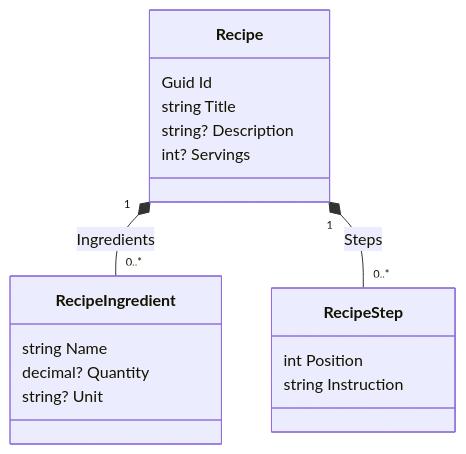
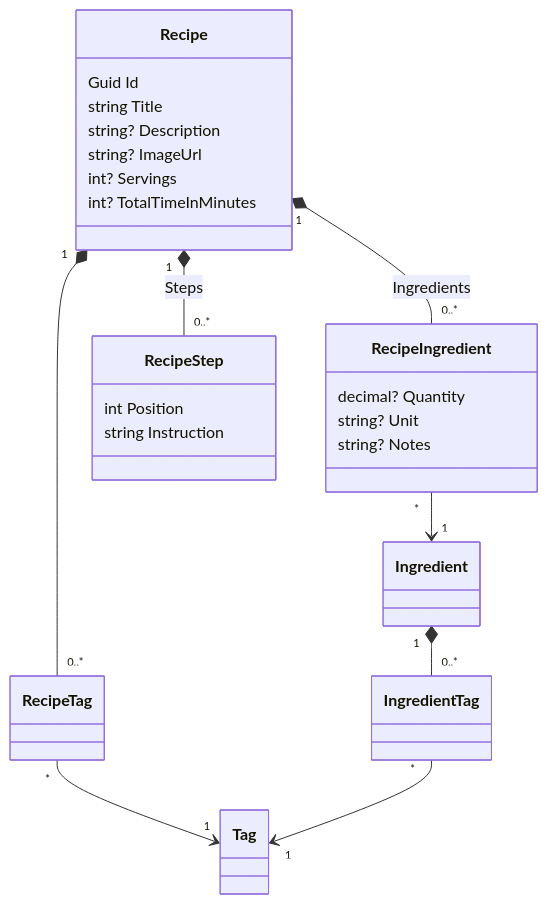
One commit to BrunoGalveia/mom-recipes changed the first of 2 diagrams in diagrama-de-dados.md. Above: the diagram before and after it, drawn with Mermaid. The commit also changed other lines of this file and 18 other files, not shown here.

````diff
--- a/diagrama-de-dados.md
+++ b/diagrama-de-dados.md
@@ -7,21 +7,28 @@
 ```mermaid
 classDiagram
     Recipe "1" *-- "0..*" RecipeIngredient : Ingredients
     Recipe "1" *-- "0..*" RecipeStep : Steps
+    RecipeIngredient "*" --> "1" Ingredient
+    Recipe "1" *-- "0..*" RecipeTag
+    Ingredient "1" *-- "0..*" IngredientTag
+    RecipeTag "*" --> "1" Tag
+    IngredientTag "*" --> "1" Tag
 
     class Recipe {
         Guid Id
         string Title
         string? Description
+        string? ImageUrl
         int? Servings
+        int? TotalTimeInMinutes
     }
     class RecipeIngredient {
-        string Name
         decimal? Quantity
         string? Unit
+        string? Notes
     }
     class RecipeStep {
         int Position
         string Instruction
     }
 ```
````
